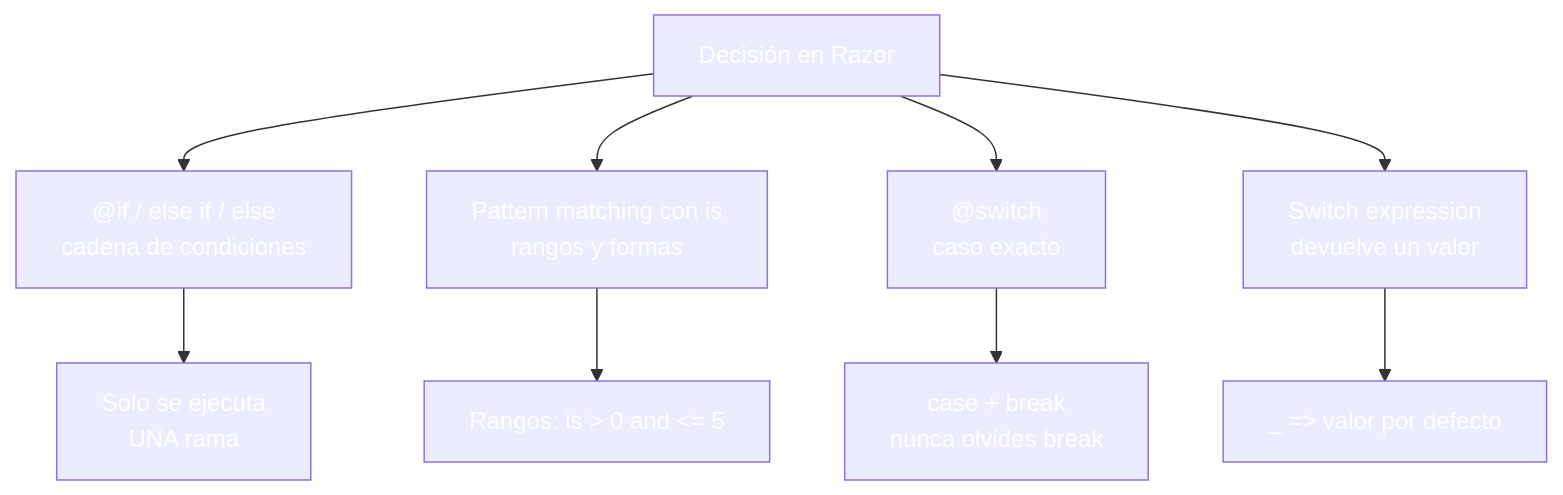
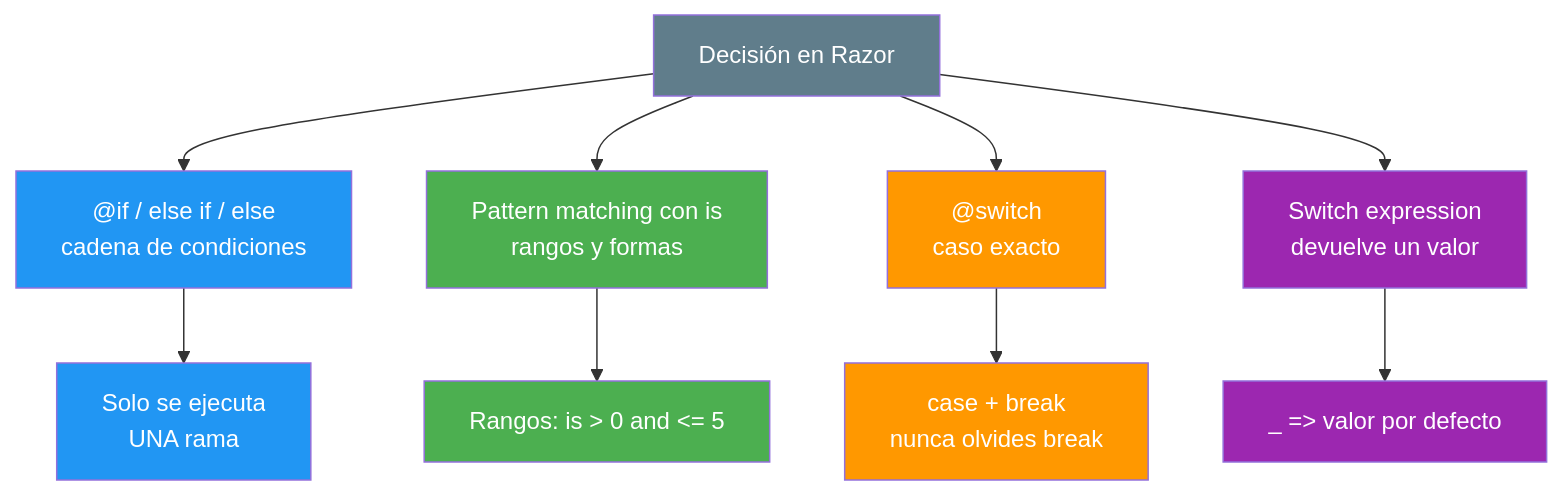
Before and after one commit to joseluisgs/DesarrolloWebEntornosServidor-03-2026-2027: the second of 4 diagrams in 03-estructuras-control.md, drawn with Mermaid. The commit also changed other lines of this file and 25 other files, not shown here.

Commit message:
docs: corregir los estilos Mermaid de los temas y alinear el dominio del tema 25 con ProductosApp

````diff
--- a/03-estructuras-control.md
+++ b/03-estructuras-control.md
@@ -160,22 +160,22 @@
 ```mermaid
 graph TD
     A["Decisión en Razor"] --> B["@if / else if / else<br/>cadena de condiciones"]
     A --> C["Pattern matching con is<br/>rangos y formas"]
     A --> D["@switch<br/>caso exacto"]
     A --> E["Switch expression<br/>devuelve un valor"]
 
     B --> B1["Solo se ejecuta<br/>UNA rama"]
     C --> C1["Rangos:  is > 0 and <= 5"]
     D --> D1["case + break<br/>nunca olvides break"]
     E --> E1["_ => valor por defecto"]
 
-    style A fill:#607D8,color:#fffB,color:#fff
-    style B fill:#2196F,color:#fff3,color:#fff
-    style C fill:#4CAF5,color:#fff0,color:#fff
-    style D fill:#FF980,color:#fff0,color:#fff
-    style E fill:#9C27B,color:#fff0,color:#fff
-    style B1 fill:#2196F,color:#fff3,color:#fff
-    style C1 fill:#4CAF5,color:#fff0,color:#fff
-    style D1 fill:#FF980,color:#fff0,color:#fff
-    style E1 fill:#9C27B,color:#fff0,color:#fff
+    style A fill:#607D8B,color:#fff
+    style B fill:#2196F3,color:#fff
+    style C fill:#4CAF50,color:#fff
+    style D fill:#FF9800,color:#fff
+    style E fill:#9C27B0,color:#fff
+    style B1 fill:#2196F3,color:#fff
+    style C1 fill:#4CAF50,color:#fff
+    style D1 fill:#FF9800,color:#fff
+    style E1 fill:#9C27B0,color:#fff
 ```
````
